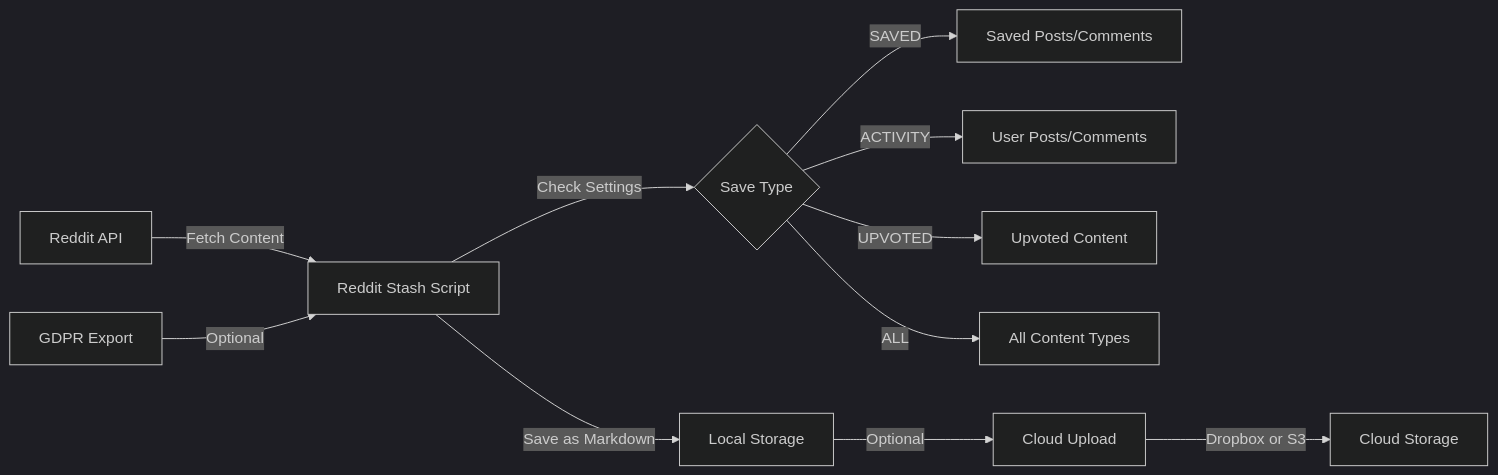
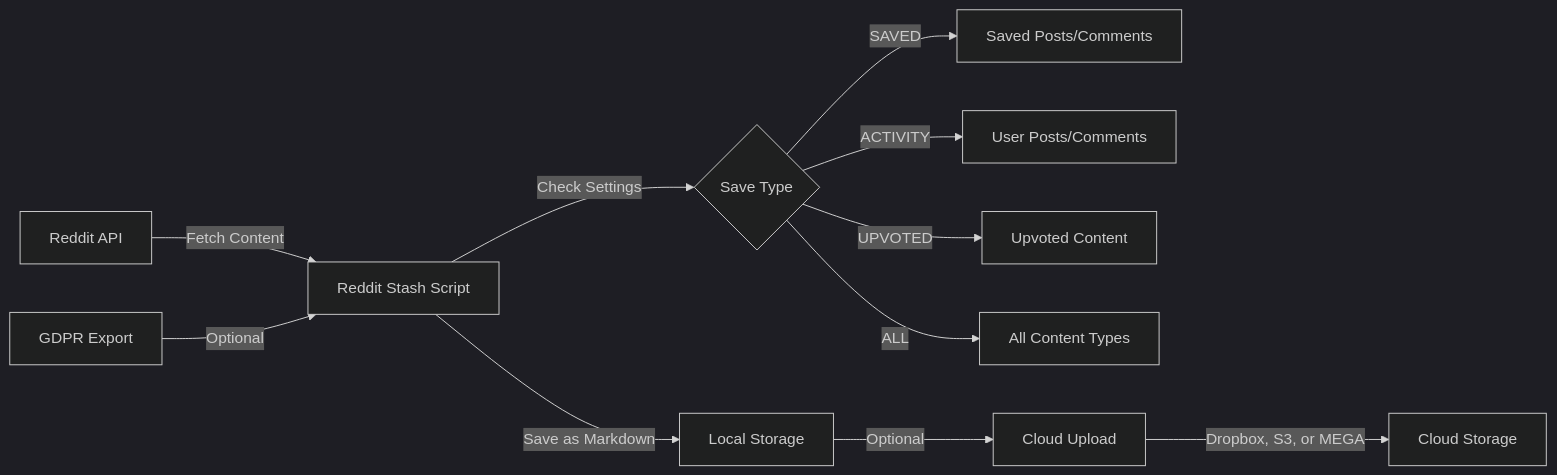
Before and after one commit to rhnfzl/reddit-stash: the diagram in README.md, drawn with Mermaid (dark theme). The commit also changed other lines of this file and 35 other files, not shown here.

````diff
--- a/README.md
+++ b/README.md
@@ -108,13 +108,13 @@
 ```mermaid
 graph LR
     A[Reddit API] -->|Fetch Content| B[Reddit Stash Script]
     B -->|Save as Markdown| C[Local Storage]
     B -->|Check Settings| D{Save Type}
     D -->|SAVED| E[Saved Posts/Comments]
     D -->|ACTIVITY| F[User Posts/Comments]
     D -->|UPVOTED| G[Upvoted Content]
     D -->|ALL| H[All Content Types]
     C -->|Optional| I[Cloud Upload]
-    I -->|Dropbox or S3| K[Cloud Storage]
+    I -->|Dropbox, S3, or MEGA| K[Cloud Storage]
     J[GDPR Export] -->|Optional| B
 ```
````
